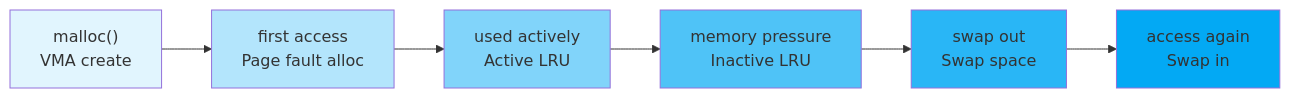
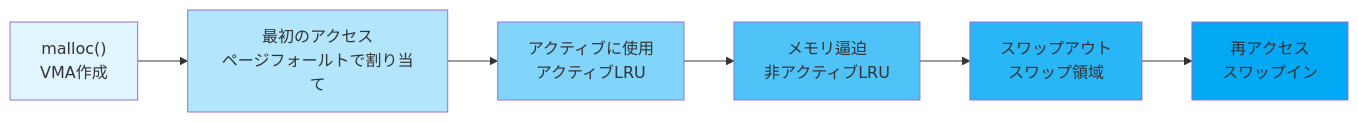
Diagram 14 of 15 in docs/mm/life-of-page.md (doguto/linux-kernel-internals-jp), drawn with Mermaid before and after one commit. The commit also changed other lines of this file and 27 other files, not shown here.

````diff
--- a/docs/mm/life-of-page.md
+++ b/docs/mm/life-of-page.md
@@ -399,15 +399,15 @@
 ```mermaid
 flowchart LR
-    A["malloc()<br/>VMA create"] --> B["first access<br/>Page fault alloc"]
-    B --> C["used actively<br/>Active LRU"]
-    C --> D["memory pressure<br/>Inactive LRU"]
-    D --> E["swap out<br/>Swap space"]
-    E --> F["access again<br/>Swap in"]
+    A["malloc()<br/>VMA作成"] --> B["最初のアクセス<br/>ページフォールトで割り当て"]
+    B --> C["アクティブに使用<br/>アクティブLRU"]
+    C --> D["メモリ逼迫<br/>非アクティブLRU"]
+    D --> E["スワップアウト<br/>スワップ領域"]
+    E --> F["再アクセス<br/>スワップイン"]
 
     style A fill:#e1f5fe
     style B fill:#b3e5fc
     style C fill:#81d4fa
     style D fill:#4fc3f7
     style E fill:#29b6f6
     style F fill:#03a9f4
 ```
````
